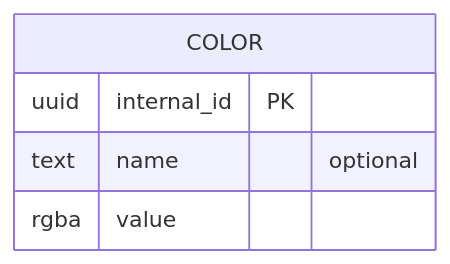
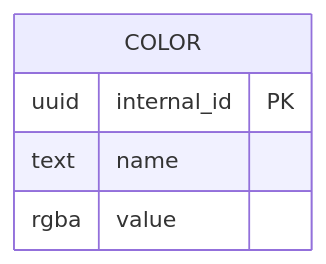
The diagram in metadata/entities/02-color.md (AlexandreGallais/synoptic-studio-spec), drawn with Mermaid before and after one commit. The commit also changed other lines of this file and 3 other files, not shown here.

````diff
--- a/metadata/entities/02-color.md
+++ b/metadata/entities/02-color.md
@@ -13,8 +13,8 @@
 ```mermaid
 erDiagram
     COLOR {
         uuid internal_id PK
-        text name "optional"
+        text name
         rgba value
     }
 ```
````
